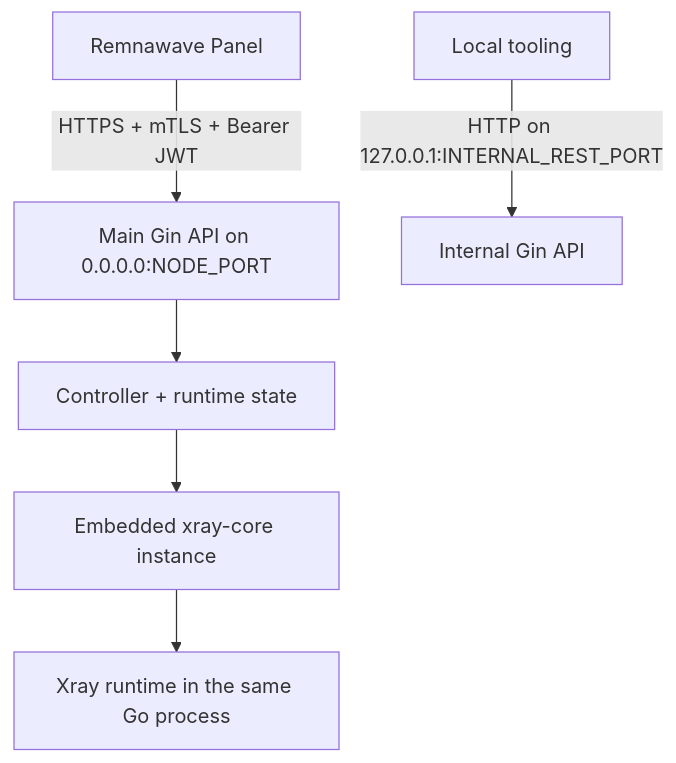
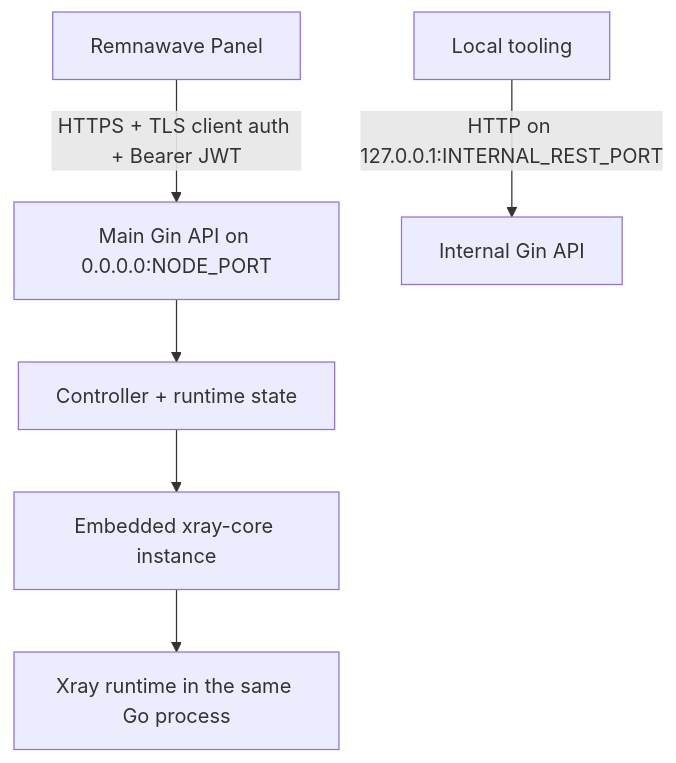
One commit to x-dora/rw-node-go changed the diagram in README.md. Above: the diagram before and after it, drawn with Mermaid. The commit also changed other lines of this file and 15 other files, not shown here.

First line of the commit message:
feat(auth): 支持配置 TLS 客户端证书校验

````diff
--- a/README.md
+++ b/README.md
@@ -137,8 +138,8 @@
 ```mermaid
 flowchart TD
-    panel[Remnawave Panel] -->|HTTPS + mTLS + Bearer JWT| main[Main Gin API on 0.0.0.0:NODE_PORT]
+    panel[Remnawave Panel] -->|HTTPS + TLS client auth + Bearer JWT| main[Main Gin API on 0.0.0.0:NODE_PORT]
     main --> state[Controller + runtime state]
     state --> xray[Embedded xray-core instance]
     xray --> runtime[Xray runtime in the same Go process]
     tooling[Local tooling] -->|HTTP on 127.0.0.1:INTERNAL_REST_PORT| internal[Internal Gin API]
 ```
````
